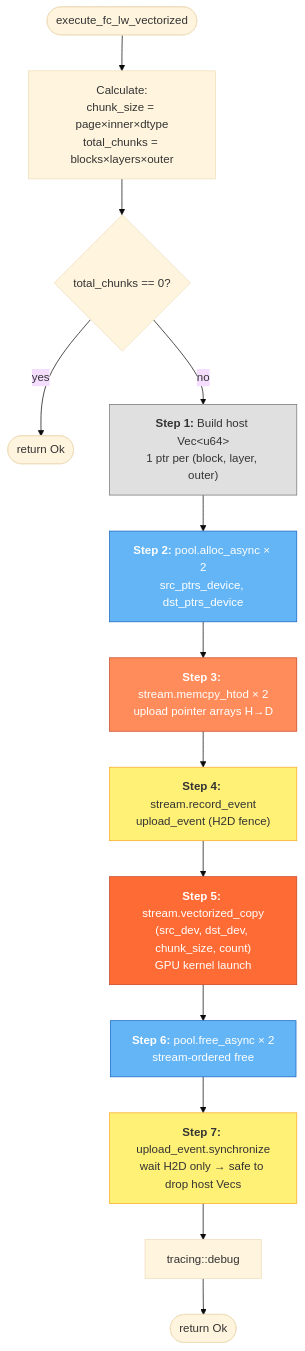
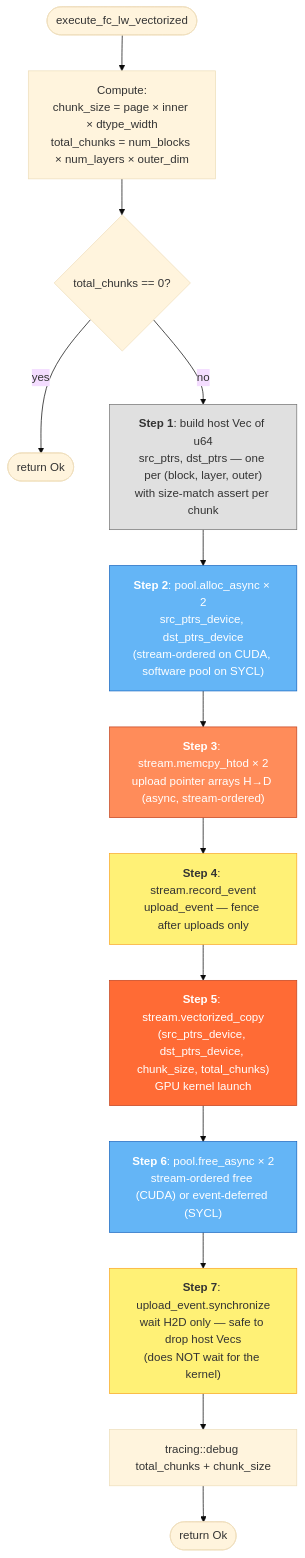
The third of 4 diagrams in lib/kvbm-physical/docs/device_executor_flow.md (ai-dynamo/dynamo), drawn with Mermaid (base theme) before and after one commit. The commit also changed other lines of this file and 6 other files, not shown here.

````diff
--- a/lib/kvbm-physical/docs/device_executor_flow.md
+++ b/lib/kvbm-physical/docs/device_executor_flow.md
@@ -75,30 +141,30 @@
 ```mermaid
 flowchart TD
-    START([execute_fc_lw_vectorized]) --> CALC[Calculate:<br/>chunk_size = page×inner×dtype<br/>total_chunks = blocks×layers×outer]
+    START([execute_fc_lw_vectorized]) --> CALC["Compute:<br/>chunk_size = page × inner × dtype_width<br/>total_chunks = num_blocks × num_layers × outer_dim"]
     CALC --> CHK{total_chunks == 0?}
     CHK -- yes --> DONE([return Ok])
-    CHK -- no --> S1["<b>Step 1:</b> Build host Vec&lt;u64&gt;<br/>1 ptr per (block, layer, outer)"]
+    CHK -- no --> S1["<b>Step 1</b>: build host Vec of u64<br/>src_ptrs, dst_ptrs — one per (block, layer, outer)<br/>with size-match assert per chunk"]
 
-    S1 --> S2["<b>Step 2:</b> pool.alloc_async × 2<br/>src_ptrs_device, dst_ptrs_device"]
+    S1 --> S2["<b>Step 2</b>: pool.alloc_async × 2<br/>src_ptrs_device, dst_ptrs_device<br/>(stream-ordered on CUDA, software pool on SYCL)"]
 
-    S2 --> S3["<b>Step 3:</b> stream.memcpy_htod × 2<br/>upload pointer arrays H→D"]
+    S2 --> S3["<b>Step 3</b>: stream.memcpy_htod × 2<br/>upload pointer arrays H→D (async, stream-ordered)"]
 
-    S3 --> S4["<b>Step 4:</b> stream.record_event<br/>upload_event (H2D fence)"]
+    S3 --> S4["<b>Step 4</b>: stream.record_event<br/>upload_event — fence after uploads only"]
 
-    S4 --> S5["<b>Step 5:</b> stream.vectorized_copy<br/>(src_dev, dst_dev, chunk_size, count)<br/>GPU kernel launch"]
+    S4 --> S5["<b>Step 5</b>: stream.vectorized_copy<br/>(src_ptrs_device, dst_ptrs_device, chunk_size, total_chunks)<br/>GPU kernel launch"]
 
-    S5 --> S6["<b>Step 6:</b> pool.free_async × 2<br/>stream-ordered free"]
+    S5 --> S6["<b>Step 6</b>: pool.free_async × 2<br/>stream-ordered free (CUDA) or event-deferred (SYCL)"]
 
-    S6 --> S7["<b>Step 7:</b> upload_event.synchronize<br/>wait H2D only → safe to drop host Vecs"]
+    S6 --> S7["<b>Step 7</b>: upload_event.synchronize<br/>wait H2D only — safe to drop host Vecs<br/>(does NOT wait for the kernel)"]
 
-    S7 --> LOG[tracing::debug]
+    S7 --> LOG[tracing::debug total_chunks + chunk_size]
     LOG --> DONE2([return Ok])
 
     style S1 fill:#e0e0e0,stroke:#757575
     style S2 fill:#64b5f6,stroke:#1565c0,color:#fff
     style S3 fill:#ff8c5a,stroke:#c44520,color:#fff
     style S4 fill:#fff176,stroke:#f9a825
     style S5 fill:#ff6b35,stroke:#c44520,color:#fff
     style S6 fill:#64b5f6,stroke:#1565c0,color:#fff
     style S7 fill:#fff176,stroke:#f9a825
 ```
````
